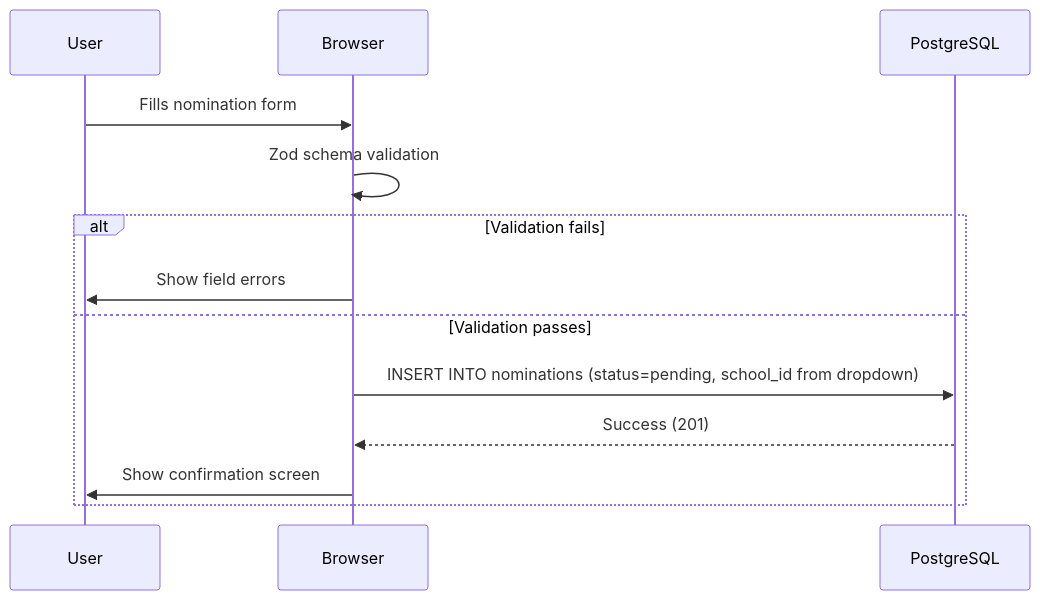
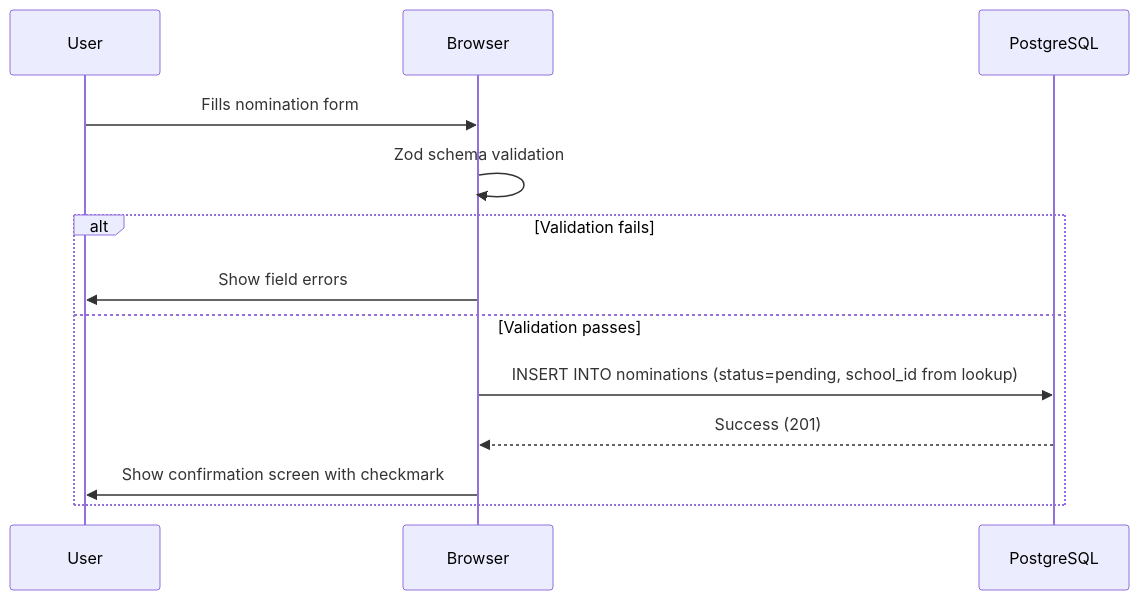
The third of 6 diagrams in public/docs/technical-design-document.md (van-sudo-git/content-refine), drawn with Mermaid before and after one commit. The commit also changed other lines of this file, not shown here.

````diff
--- a/public/docs/technical-design-document.md
+++ b/public/docs/technical-design-document.md
@@ -648,16 +698,16 @@
 ```mermaid
 sequenceDiagram
     participant User
     participant Browser
     participant DB as PostgreSQL
 
     User->>Browser: Fills nomination form
     Browser->>Browser: Zod schema validation
     alt Validation fails
         Browser->>User: Show field errors
     else Validation passes
-        Browser->>DB: INSERT INTO nominations (status=pending, school_id from dropdown)
+        Browser->>DB: INSERT INTO nominations (status=pending, school_id from lookup)
         DB-->>Browser: Success (201)
-        Browser->>User: Show confirmation screen
+        Browser->>User: Show confirmation screen with checkmark
     end
 ```
````
